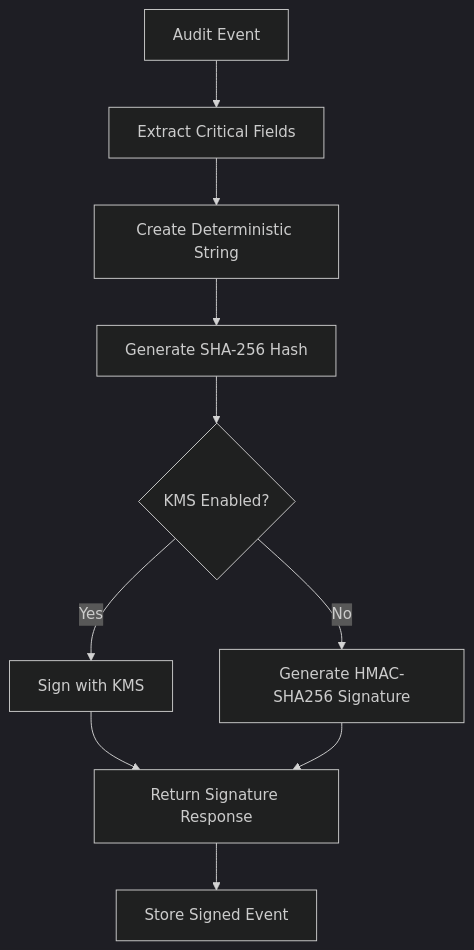
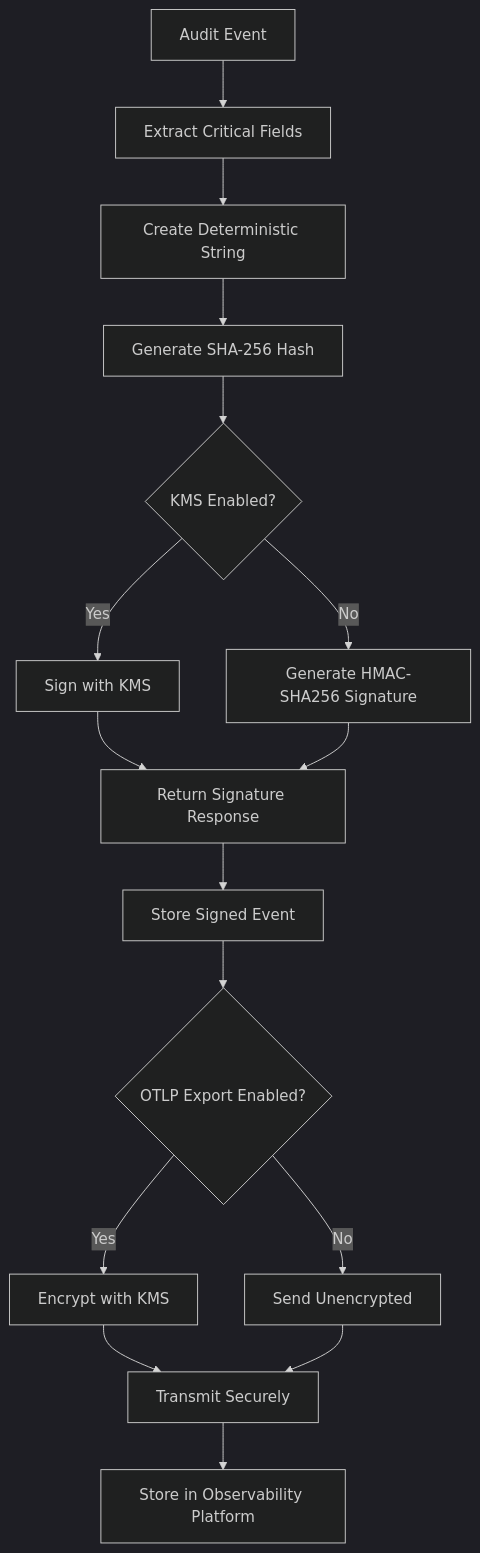
The first of 5 diagrams in .qoder/repowiki/en/content/Security and Compliance.md (smedrec/smart-logs), drawn with Mermaid (dark theme) before and after one commit. The commit also changed other lines of this file and 13 other files, not shown here.

````diff
--- a/.qoder/repowiki/en/content/Security and Compliance.md
+++ b/.qoder/repowiki/en/content/Security and Compliance.md
@@ -39,12 +44,18 @@
 ```mermaid
 flowchart TD
 A[Audit Event] --> B[Extract Critical Fields]
 B --> C[Create Deterministic String]
 C --> D[Generate SHA-256 Hash]
 D --> E{KMS Enabled?}
 E --> |Yes| F[Sign with KMS]
 E --> |No| G[Generate HMAC-SHA256 Signature]
 F --> H[Return Signature Response]
 G --> H
 H --> I[Store Signed Event]
+I --> J{OTLP Export Enabled?}
+J --> |Yes| K[Encrypt with KMS]
+J --> |No| L[Send Unencrypted]
+K --> M[Transmit Securely]
+L --> M
+M --> N[Store in Observability Platform]
 ```
````
